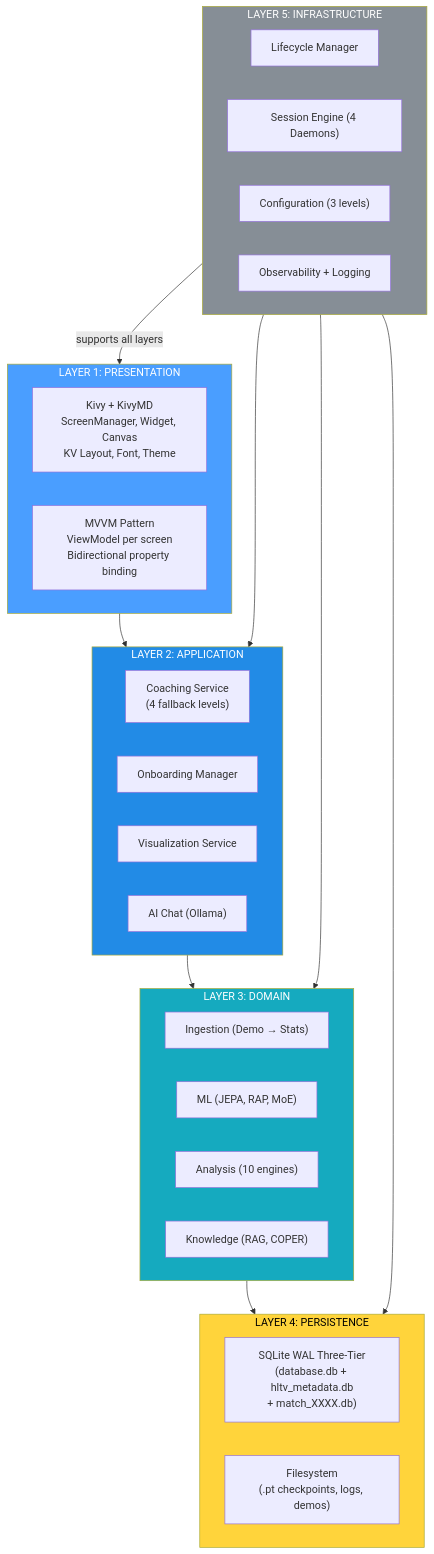
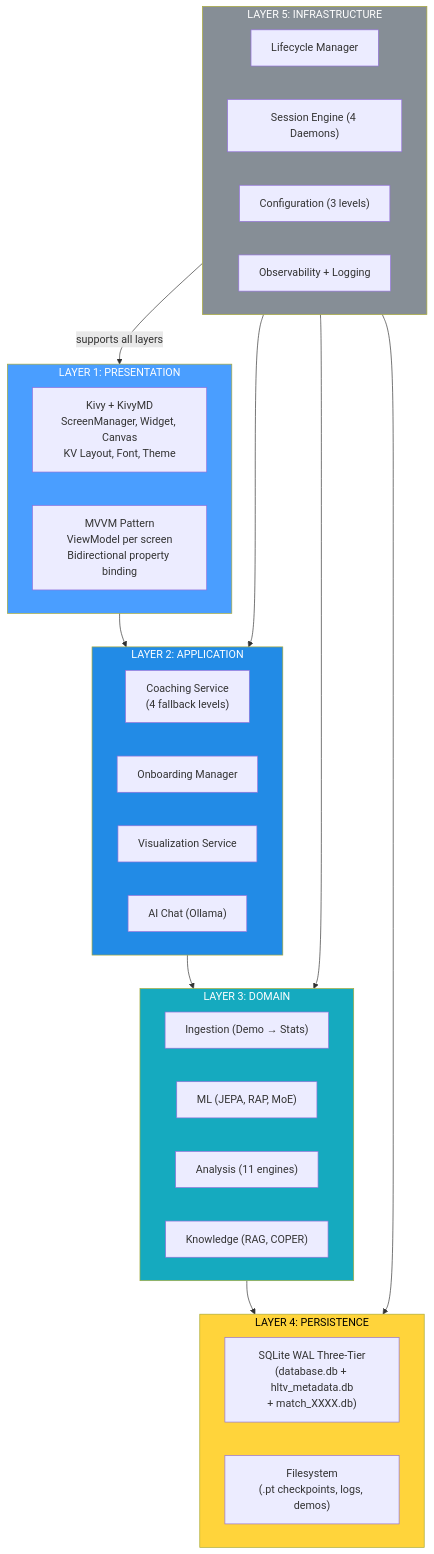
Diagram 52 of 55 in docs/books/Book-Coach-3-en.md (renanaugustomacena-ux/Counter-Strike-coach-AI), drawn with Mermaid before and after one commit. The commit also changed other lines of this file and 29 other files, not shown here.

````diff
--- a/docs/books/Book-Coach-3-en.md
+++ b/docs/books/Book-Coach-3-en.md
@@ -2759,43 +2795,43 @@
 ```mermaid
 flowchart TB
     subgraph L1["LAYER 1: PRESENTATION"]
         KIVY["Kivy + KivyMD<br/>ScreenManager, Widget, Canvas<br/>KV Layout, Font, Theme"]
         MVVM["MVVM Pattern<br/>ViewModel per screen<br/>Bidirectional property binding"]
     end
     subgraph L2["LAYER 2: APPLICATION"]
         COACHING["Coaching Service<br/>(4 fallback levels)"]
         ONBOARD["Onboarding Manager"]
         VIS["Visualization Service"]
         CHAT["AI Chat (Ollama)"]
     end
     subgraph L3["LAYER 3: DOMAIN"]
         INGEST["Ingestion (Demo → Stats)"]
         ML["ML (JEPA, RAP, MoE)"]
-        ANALYSIS["Analysis (10 engines)"]
+        ANALYSIS["Analysis (11 engines)"]
         KNOWLEDGE["Knowledge (RAG, COPER)"]
     end
     subgraph L4["LAYER 4: PERSISTENCE"]
         SQLITE["SQLite WAL Three-Tier<br/>(database.db + hltv_metadata.db<br/>+ match_XXXX.db)"]
         FILES["Filesystem<br/>(.pt checkpoints, logs, demos)"]
     end
     subgraph L5["LAYER 5: INFRASTRUCTURE"]
         LIFECYCLE["Lifecycle Manager"]
         SESSION["Session Engine (4 Daemons)"]
         CONFIG["Configuration (3 levels)"]
         LOGGING["Observability + Logging"]
     end
 
     L1 --> L2
     L2 --> L3
     L3 --> L4
     L5 -->|"supports all layers"| L1
     L5 --> L2
     L5 --> L3
     L5 --> L4
 
     style L1 fill:#4a9eff,color:#fff
     style L2 fill:#228be6,color:#fff
     style L3 fill:#15aabf,color:#fff
     style L4 fill:#ffd43b,color:#000
     style L5 fill:#868e96,color:#fff
 ```
````
